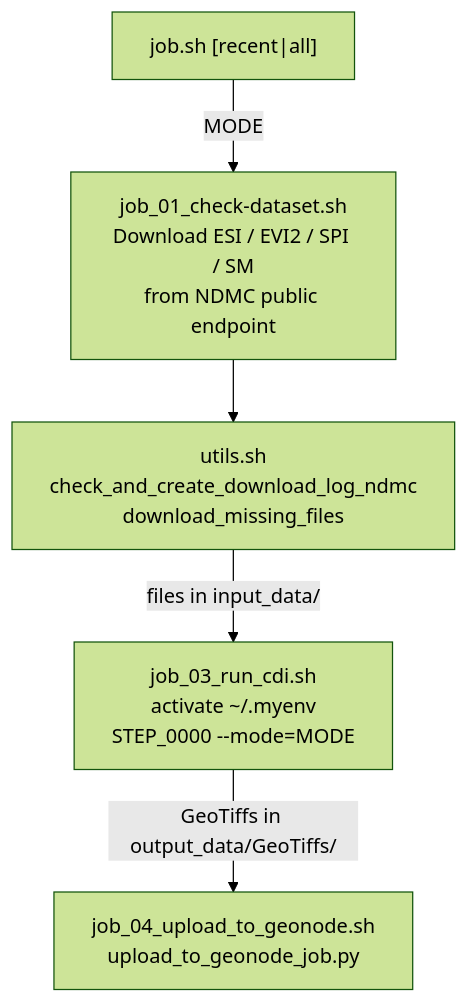
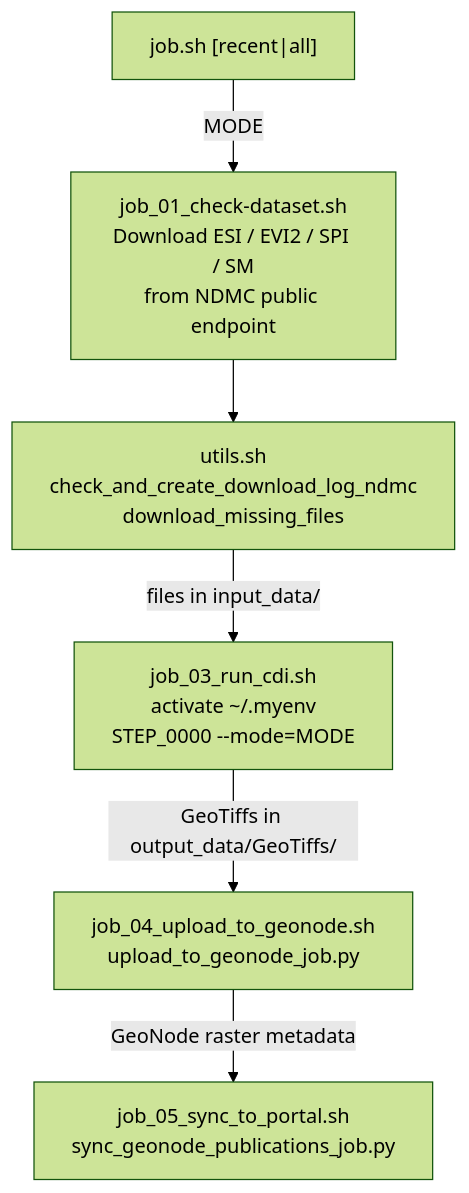
Before and after one commit to akvo/eswatini-droughtmap-hub-cdi: the first of 3 diagrams in CLAUDE.md, drawn with Mermaid (forest theme). The commit also changed other lines of this file, not shown here.

Commit message:
[#22] Document the portal sync step

````diff
--- a/CLAUDE.md
+++ b/CLAUDE.md
@@ -64,13 +64,15 @@
 ```mermaid
 flowchart TD
     job["job.sh [recent|all]"]
     j01["job_01_check-dataset.sh\nDownload ESI / EVI2 / SPI / SM\nfrom NDMC public endpoint"]
     utils["utils.sh\ncheck_and_create_download_log_ndmc\ndownload_missing_files"]
     j03["job_03_run_cdi.sh\nactivate ~/.myenv\nSTEP_0000 --mode=MODE"]
     j04["job_04_upload_to_geonode.sh\nupload_to_geonode_job.py"]
+    j05["job_05_sync_to_portal.sh\nsync_geonode_publications_job.py"]
 
     job -->|MODE| j01
     j01 --> utils
     utils -->|files in input_data/| j03
     j03 -->|GeoTiffs in output_data/GeoTiffs/| j04
+    j04 -->|GeoNode raster metadata| j05
 ```
````
